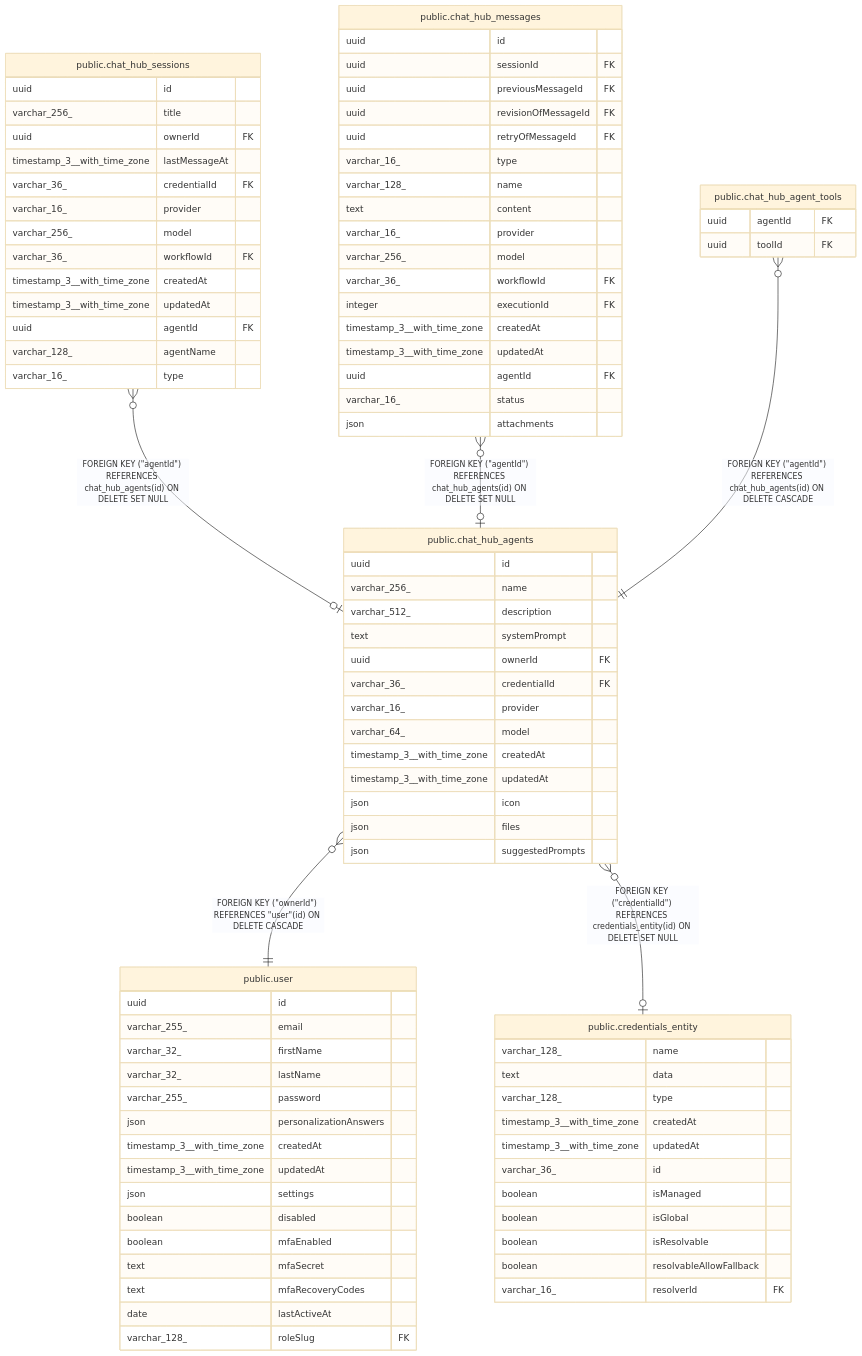
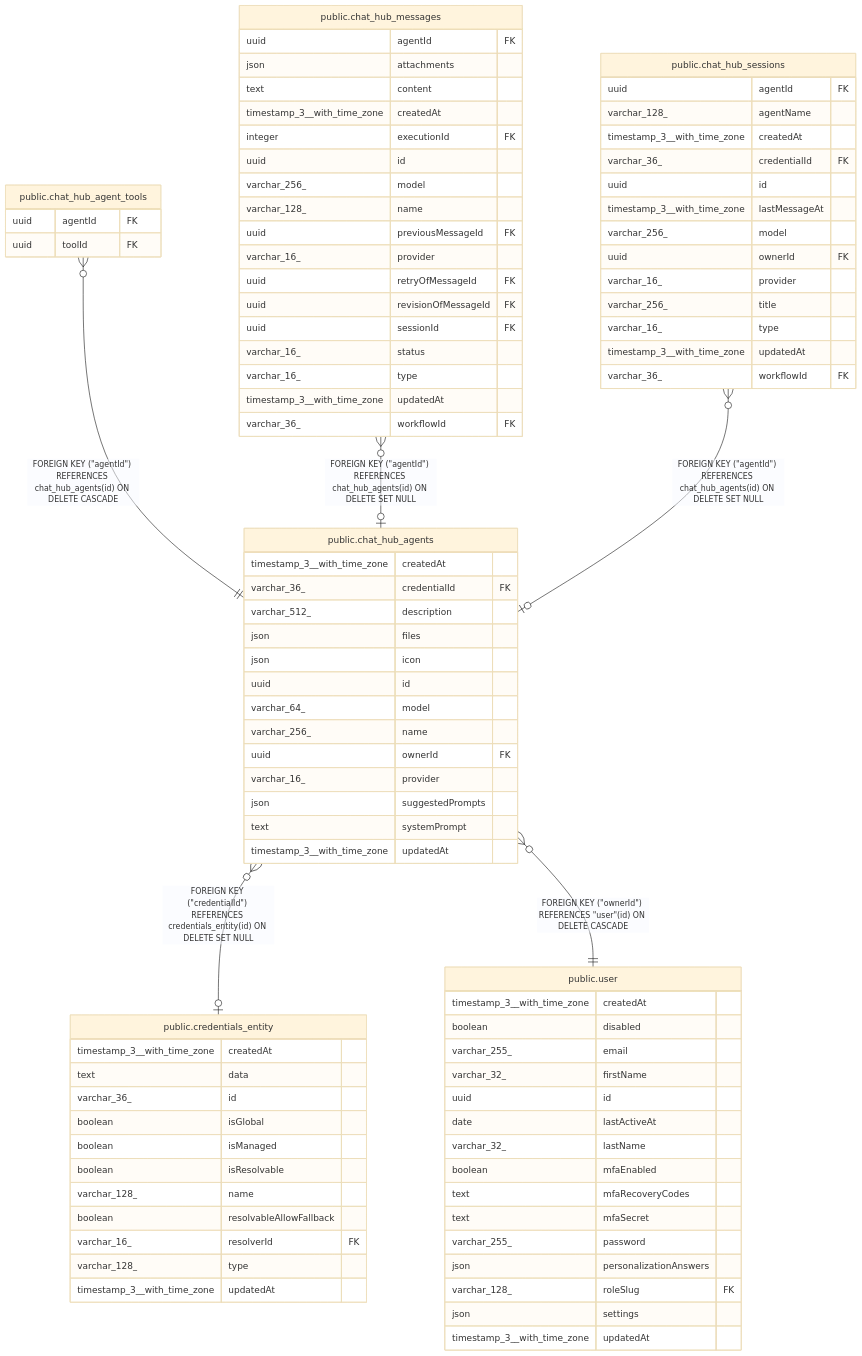
Before and after one commit to mayankjain1815-commits/n8n: the diagram in docs/generated/postgres-schema/public.chat_hub_agents.md, drawn with Mermaid (base theme). The commit also changed other lines of this file and 221 other files, not shown here.

Commit message:
chore(core): Make DB schema docs generation deterministic (#32373)

````diff
--- a/docs/generated/postgres-schema/public.chat_hub_agents.md
+++ b/docs/generated/postgres-schema/public.chat_hub_agents.md
@@ -47,93 +47,93 @@
 ```mermaid
 erDiagram
 
+"public.chat_hub_agents" }o--o| "public.credentials_entity" : "FOREIGN KEY (#quot;credentialId#quot;) REFERENCES credentials_entity(id) ON DELETE SET NULL"
+"public.chat_hub_agent_tools" }o--|| "public.chat_hub_agents" : "FOREIGN KEY (#quot;agentId#quot;) REFERENCES chat_hub_agents(id) ON DELETE CASCADE"
+"public.chat_hub_messages" }o--o| "public.chat_hub_agents" : "FOREIGN KEY (#quot;agentId#quot;) REFERENCES chat_hub_agents(id) ON DELETE SET NULL"
 "public.chat_hub_sessions" }o--o| "public.chat_hub_agents" : "FOREIGN KEY (#quot;agentId#quot;) REFERENCES chat_hub_agents(id) ON DELETE SET NULL"
-"public.chat_hub_messages" }o--o| "public.chat_hub_agents" : "FOREIGN KEY (#quot;agentId#quot;) REFERENCES chat_hub_agents(id) ON DELETE SET NULL"
-"public.chat_hub_agent_tools" }o--|| "public.chat_hub_agents" : "FOREIGN KEY (#quot;agentId#quot;) REFERENCES chat_hub_agents(id) ON DELETE CASCADE"
 "public.chat_hub_agents" }o--|| "public.user" : "FOREIGN KEY (#quot;ownerId#quot;) REFERENCES #quot;user#quot;(id) ON DELETE CASCADE"
-"public.chat_hub_agents" }o--o| "public.credentials_entity" : "FOREIGN KEY (#quot;credentialId#quot;) REFERENCES credentials_entity(id) ON DELETE SET NULL"
 
 "public.chat_hub_agents" {
+  timestamp_3__with_time_zone createdAt
+  varchar_36_ credentialId FK
+  varchar_512_ description
+  json files
+  json icon
   uuid id
+  varchar_64_ model
   varchar_256_ name
-  varchar_512_ description
+  uuid ownerId FK
+  varchar_16_ provider
+  json suggestedPrompts
   text systemPrompt
-  uuid ownerId FK
-  varchar_36_ credentialId FK
-  varchar_16_ provider
-  varchar_64_ model
+  timestamp_3__with_time_zone updatedAt
+}
+"public.credentials_entity" {
   timestamp_3__with_time_zone createdAt
+  text data
+  varchar_36_ id
+  boolean isGlobal
+  boolean isManaged
+  boolean isResolvable
+  varchar_128_ name
+  boolean resolvableAllowFallback
+  varchar_16_ resolverId FK
+  varchar_128_ type
   timestamp_3__with_time_zone updatedAt
-  json icon
-  json files
-  json suggestedPrompts
-}
-"public.chat_hub_sessions" {
-  uuid id
-  varchar_256_ title
-  uuid ownerId FK
-  timestamp_3__with_time_zone lastMessageAt
-  varchar_36_ credentialId FK
-  varchar_16_ provider
-  varchar_256_ model
-  varchar_36_ workflowId FK
-  timestamp_3__with_time_zone createdAt
-  timestamp_3__with_time_zone updatedAt
-  uuid agentId FK
-  varchar_128_ agentName
-  varchar_16_ type
-}
-"public.chat_hub_messages" {
-  uuid id
-  uuid sessionId FK
-  uuid previousMessageId FK
-  uuid revisionOfMessageId FK
-  uuid retryOfMessageId FK
-  varchar_16_ type
-  varchar_128_ name
-  text content
-  varchar_16_ provider
-  varchar_256_ model
-  varchar_36_ workflowId FK
-  integer executionId FK
-  timestamp_3__with_time_zone createdAt
-  timestamp_3__with_time_zone updatedAt
-  uuid agentId FK
-  varchar_16_ status
-  json attachments
 }
 "public.chat_hub_agent_tools" {
   uuid agentId FK
   uuid toolId FK
 }
+"public.chat_hub_messages" {
+  uuid agentId FK
+  json attachments
+  text content
+  timestamp_3__with_time_zone createdAt
+  integer executionId FK
+  uuid id
+  varchar_256_ model
+  varchar_128_ name
+  uuid previousMessageId FK
+  varchar_16_ provider
+  uuid retryOfMessageId FK
+  uuid revisionOfMessageId FK
+  uuid sessionId FK
+  varchar_16_ status
+  varchar_16_ type
+  timestamp_3__with_time_zone updatedAt
+  varchar_36_ workflowId FK
+}
+"public.chat_hub_sessions" {
+  uuid agentId FK
+  varchar_128_ agentName
+  timestamp_3__with_time_zone createdAt
+  varchar_36_ credentialId FK
+  uuid id
+  timestamp_3__with_time_zone lastMessageAt
+  varchar_256_ model
+  uuid ownerId FK
+  varchar_16_ provider
+  varchar_256_ title
+  varchar_16_ type
+  timestamp_3__with_time_zone updatedAt
+  varchar_36_ workflowId FK
+}
 "public.user" {
-  uuid id
+  timestamp_3__with_time_zone createdAt
+  boolean disabled
   varchar_255_ email
   varchar_32_ firstName
+  uuid id
+  date lastActiveAt
   varchar_32_ lastName
+  boolean mfaEnabled
+  text mfaRecoveryCodes
+  text mfaSecret
   varchar_255_ password
   json personalizationAnswers
-  timestamp_3__with_time_zone createdAt
+  varchar_128_ roleSlug FK
+  json settings
   timestamp_3__with_time_zone updatedAt
-  json settings
-  boolean disabled
-  boolean mfaEnabled
-  text mfaSecret
-  text mfaRecoveryCodes
-  date lastActiveAt
-  varchar_128_ roleSlug FK
-}
-"public.credentials_entity" {
-  varchar_128_ name
-  text data
-  varchar_128_ type
-  timestamp_3__with_time_zone createdAt
-  timestamp_3__with_time_zone updatedAt
-  varchar_36_ id
-  boolean isManaged
-  boolean isGlobal
-  boolean isResolvable
-  boolean resolvableAllowFallback
-  varchar_16_ resolverId FK
 }
 ```
````
